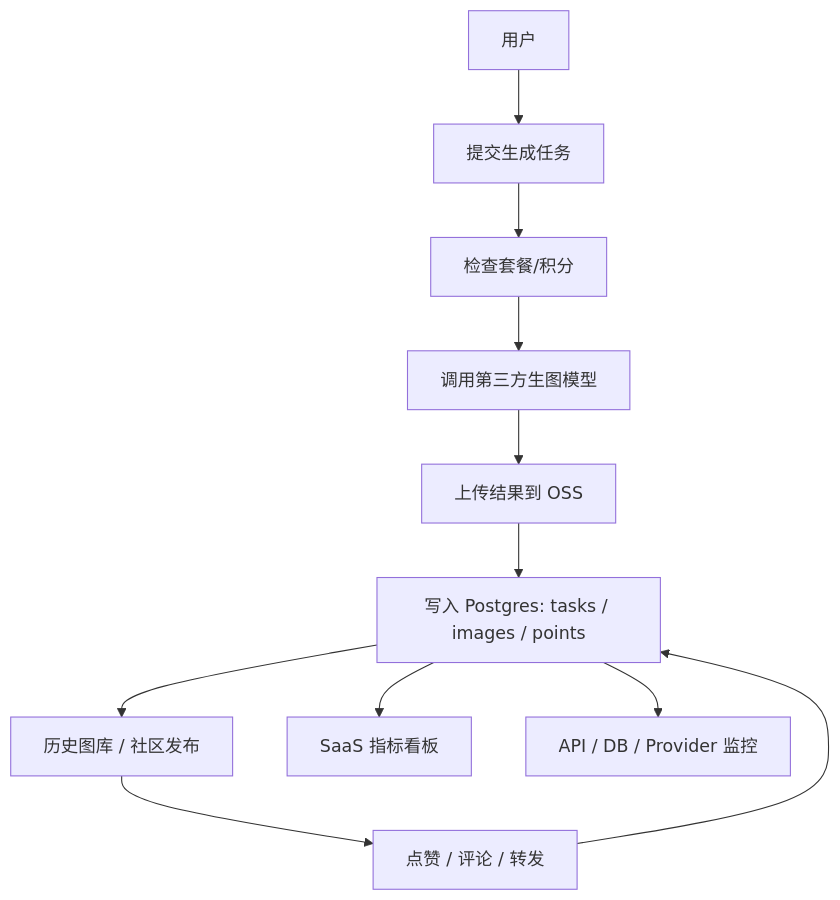
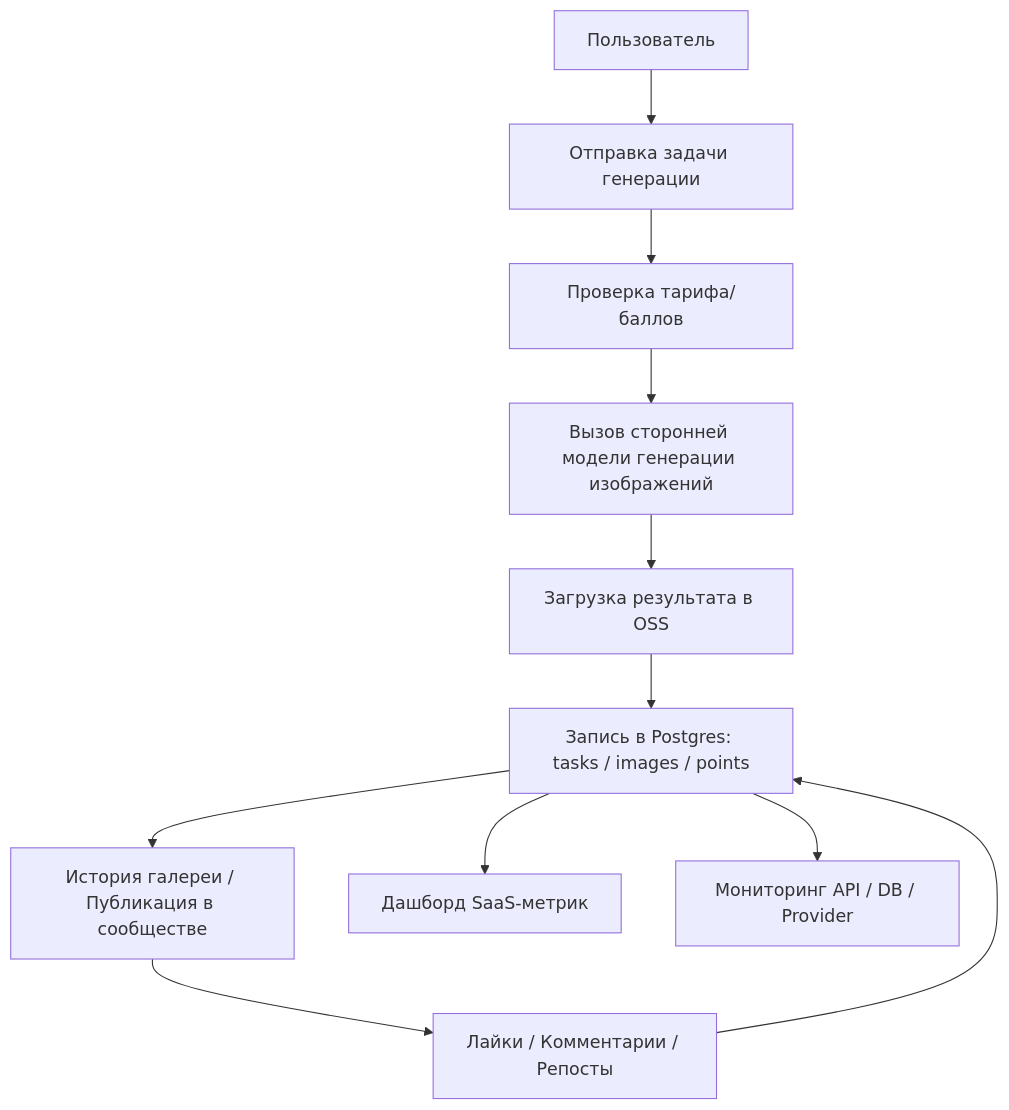
One commit to Libertad-Harbour-LLC/study_vibe changed the second of 2 diagrams in docs/ru-ru/stage-2/assignments/modern-landing-page/PRD.md. Above: the diagram before and after it, drawn with Mermaid. The commit also changed other lines of this file and 8 other files, not shown here.

````diff
--- a/docs/ru-ru/stage-2/assignments/modern-landing-page/PRD.md
+++ b/docs/ru-ru/stage-2/assignments/modern-landing-page/PRD.md
@@ -448,13 +448,13 @@
 ```mermaid
 flowchart TD
-  user["用户"] --> gen["提交生成任务"]
-  gen --> payCheck["检查套餐/积分"]
-  payCheck --> model["调用第三方生图模型"]
-  model --> oss["上传结果到 OSS"]
-  oss --> db["写入 Postgres: tasks / images / points"]
-  db --> gallery["历史图库 / 社区发布"]
-  gallery --> social["点赞 / 评论 / 转发"]
+  user["Пользователь"] --> gen["Отправка задачи генерации"]
+  gen --> payCheck["Проверка тарифа/баллов"]
+  payCheck --> model["Вызов сторонней модели генерации изображений"]
+  model --> oss["Загрузка результата в OSS"]
+  oss --> db["Запись в Postgres: tasks / images / points"]
+  db --> gallery["История галереи / Публикация в сообществе"]
+  gallery --> social["Лайки / Комментарии / Репосты"]
   social --> db
-  db --> analytics["SaaS 指标看板"]
-  db --> observability["API / DB / Provider 监控"]
+  db --> analytics["Дашборд SaaS-метрик"]
+  db --> observability["Мониторинг API / DB / Provider"]
 ```
````
